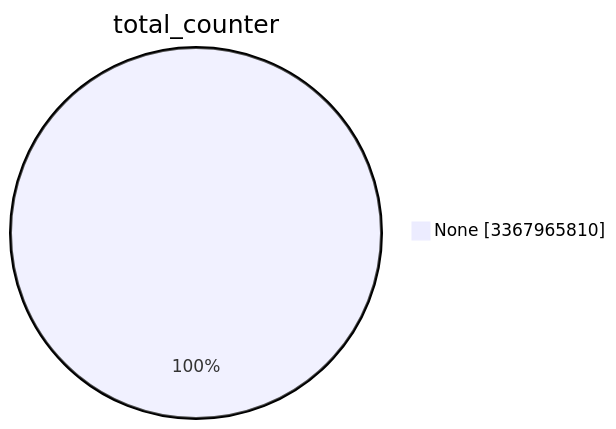
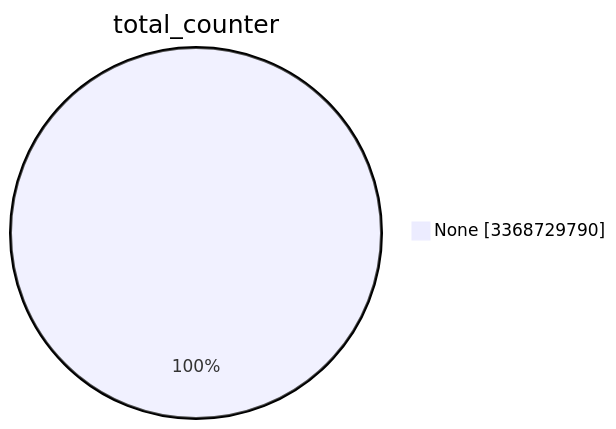
One commit to christiankrug/ctmonitor_visualization changed the first of 15 diagrams in TOTAL/README.md. Above: the diagram before and after it, drawn with Mermaid. The commit also changed other lines of this file, not shown here.

````diff
--- a/TOTAL/README.md
+++ b/TOTAL/README.md
@@ -1,5 +1,5 @@
 ```mermaid
 pie showData
 title total_counter
-"None" :3367965810
+"None" :3368729790
 ```
````
